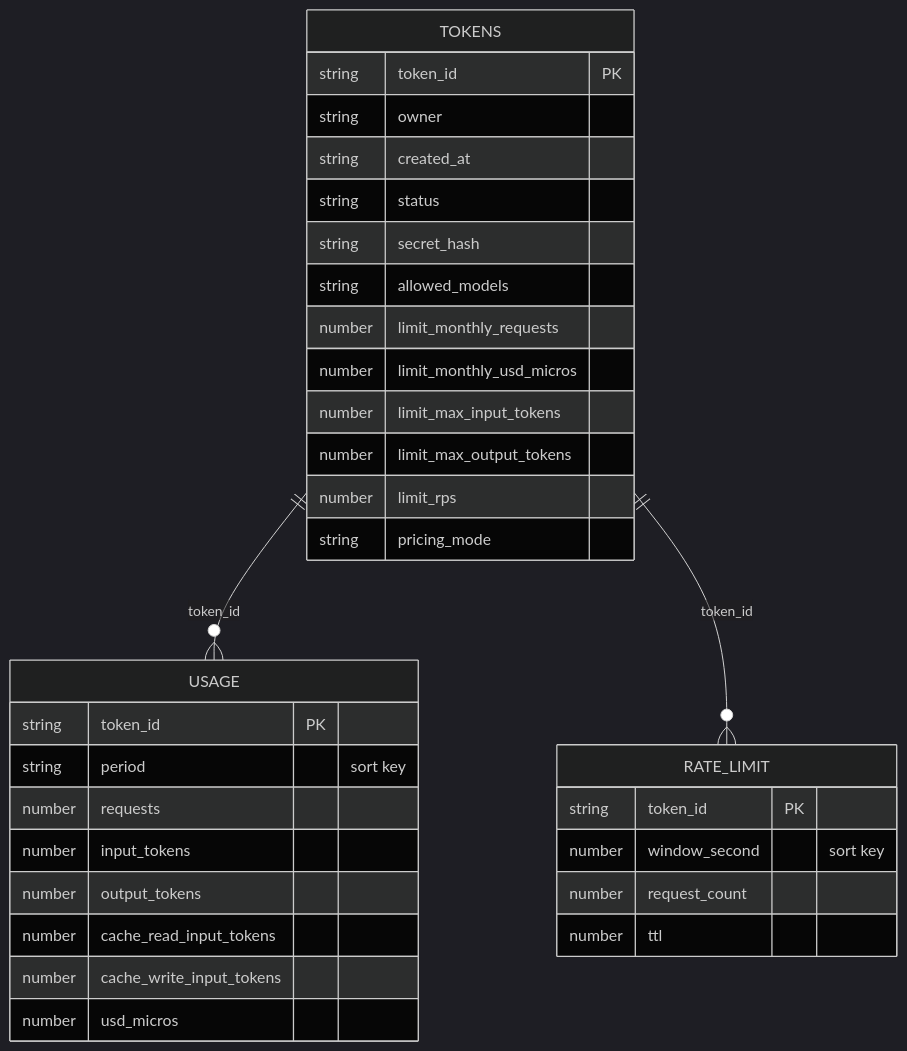
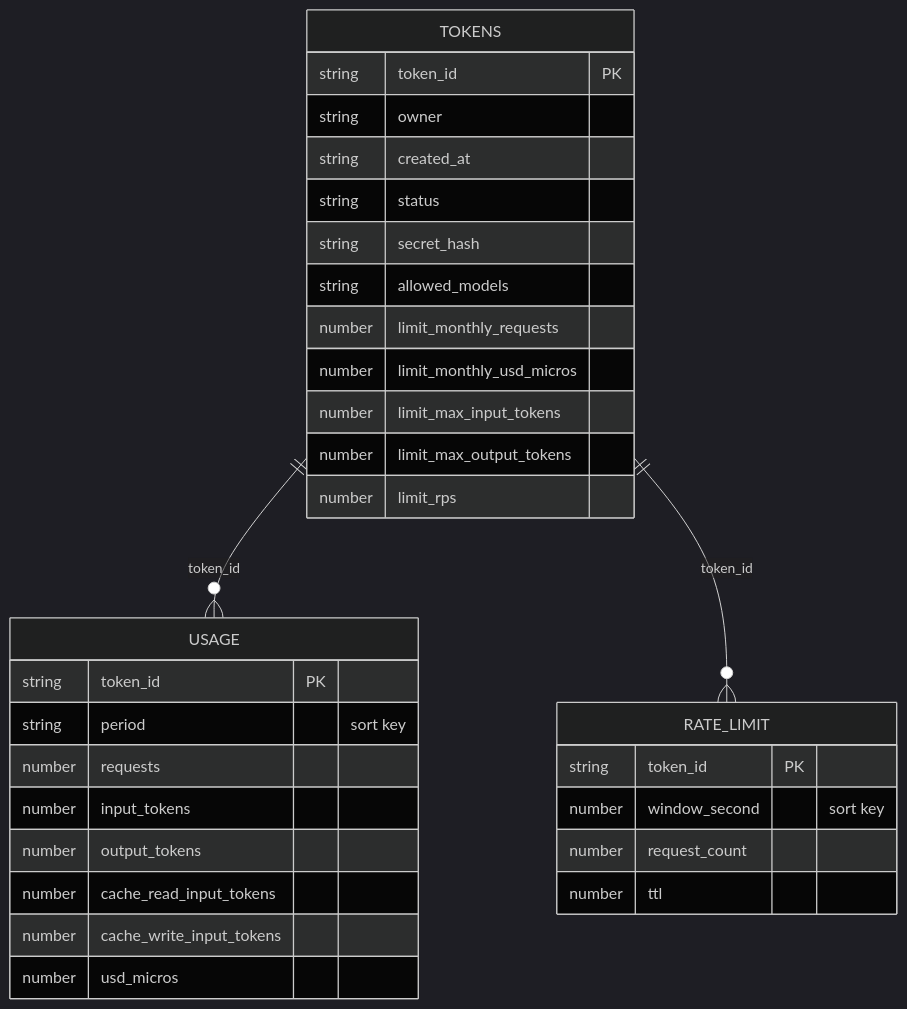
The fourth of 5 diagrams in docs/architecture.md (smarttransit-ai/bedrock-api), drawn with Mermaid (dark theme) before and after one commit. The commit also changed other lines of this file and 4 other files, not shown here.

````diff
--- a/docs/architecture.md
+++ b/docs/architecture.md
@@ -165,35 +174,34 @@
 ```mermaid
 erDiagram
     TOKENS {
         string token_id PK
         string owner
         string created_at
         string status
         string secret_hash
         string allowed_models
         number limit_monthly_requests
         number limit_monthly_usd_micros
         number limit_max_input_tokens
         number limit_max_output_tokens
         number limit_rps
-        string pricing_mode
     }
     USAGE {
         string token_id PK
         string period "sort key"
         number requests
         number input_tokens
         number output_tokens
         number cache_read_input_tokens
         number cache_write_input_tokens
         number usd_micros
     }
     RATE_LIMIT {
         string token_id PK
         number window_second "sort key"
         number request_count
         number ttl
     }
     TOKENS ||--o{ USAGE : "token_id"
     TOKENS ||--o{ RATE_LIMIT : "token_id"
 ```
````
